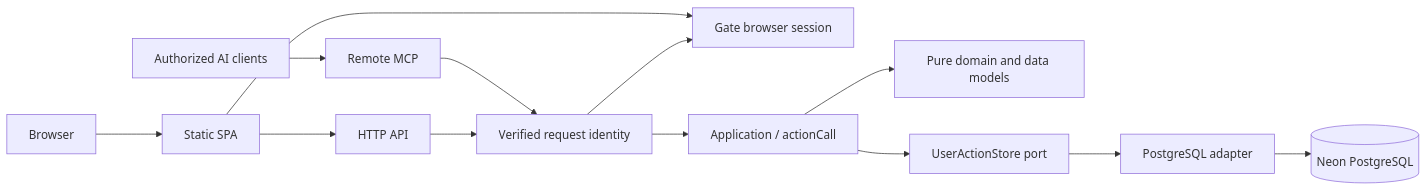
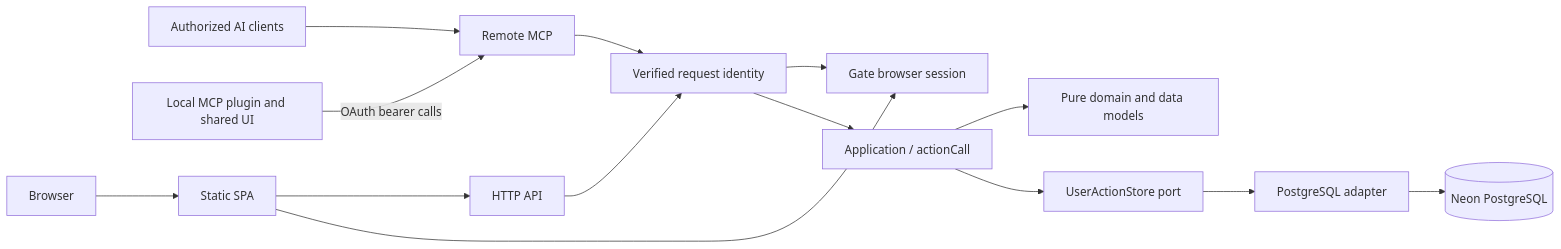
The diagram in ARCHITECTURE.md (takezoh/syntoria-weave), drawn with Mermaid before and after one commit. The commit also changed other lines of this file and 115 other files, not shown here.

Commit message:
Deliver the shared UI through an independent OAuth MCP plugin

````diff
--- a/ARCHITECTURE.md
+++ b/ARCHITECTURE.md
@@ -9,15 +9,16 @@
 ```mermaid
 flowchart LR
   AI[Authorized AI clients] --> MCP[Remote MCP]
+  Plugin[Local MCP plugin and shared UI] -->|OAuth bearer calls| MCP
   Browser[Browser] --> SPA[Static SPA]
   SPA --> HTTP[HTTP API]
   SPA --> Gate[Gate browser session]
   MCP --> Auth[Verified request identity]
   HTTP --> Auth
   Auth --> Gate
   Auth --> App[Application / actionCall]
   App --> Domain[Pure domain and data models]
   App --> Port[UserActionStore port]
   Port --> Adapter[PostgreSQL adapter]
   Adapter --> DB[(Neon PostgreSQL)]
 ```
````
